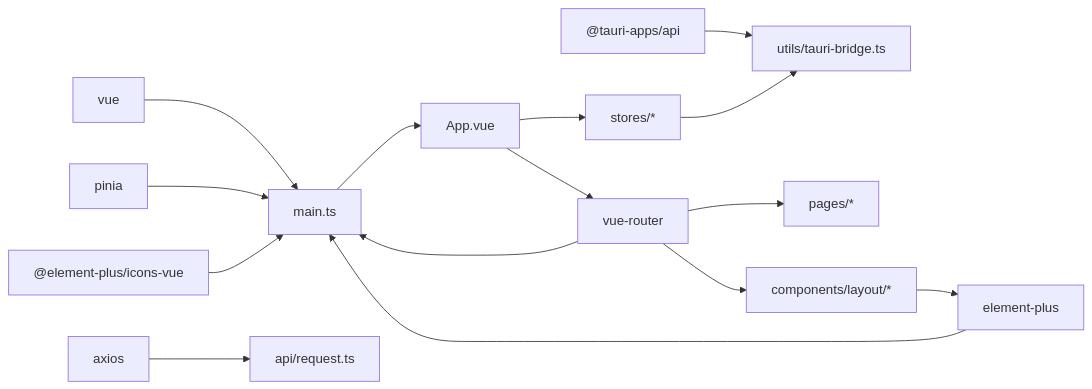
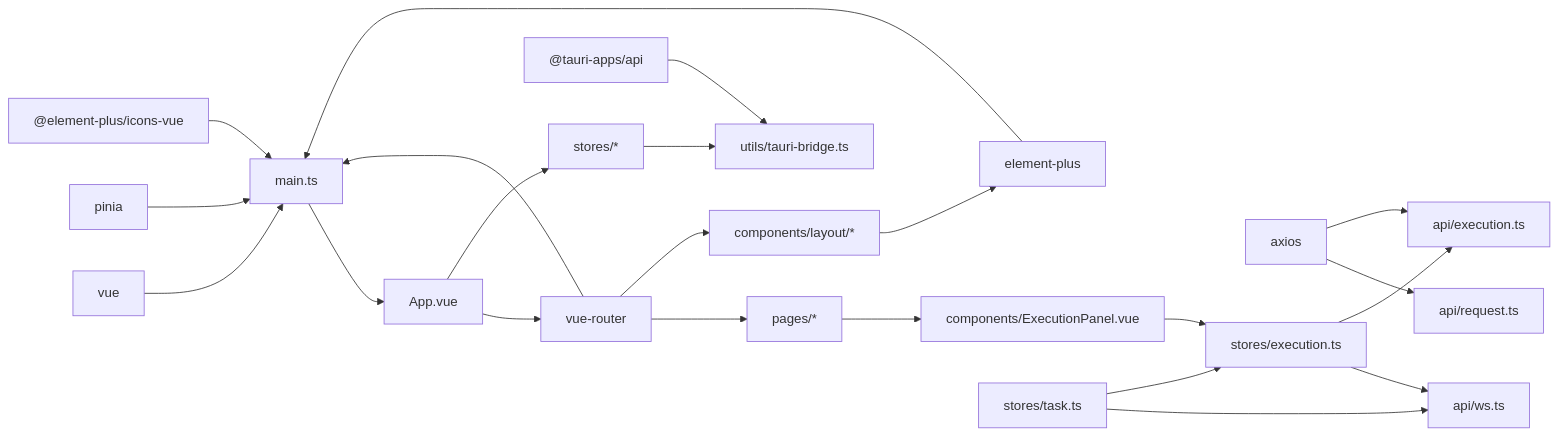
Diagram 11 of 11 in .qoder/repowiki/zh/content/前端管理界面/应用架构设计.md (onebody/ccclubs_AI_RPA), drawn with Mermaid before and after one commit. The commit also changed other lines of this file and 50 other files, not shown here.

````diff
--- a/.qoder/repowiki/zh/content/前端管理界面/应用架构设计.md
+++ b/.qoder/repowiki/zh/content/前端管理界面/应用架构设计.md
@@ -354,17 +567,24 @@
 ```mermaid
 graph LR
 Vue["vue"] --> Main["main.ts"]
 Router["vue-router"] --> Main
 Pinia["pinia"] --> Main
 EP["element-plus"] --> Main
 Icons["@element-plus/icons-vue"] --> Main
 Axios["axios"] --> Request["api/request.ts"]
+Axios --> ExecutionAPI["api/execution.ts"]
 Tauri["@tauri-apps/api"] --> Bridge["utils/tauri-bridge.ts"]
 Main --> App["App.vue"]
 App --> Router
 App --> Stores["stores/*"]
 Stores --> Bridge
 Router --> Pages["pages/*"]
 Router --> Layout["components/layout/*"]
 Layout --> EP
+Pages --> ExecutionPanel["components/ExecutionPanel.vue"]
+ExecutionPanel --> ExecutionStore["stores/execution.ts"]
+ExecutionStore --> WS["api/ws.ts"]
+ExecutionStore --> ExecutionAPI
+TaskStore["stores/task.ts"] --> WS
+TaskStore --> ExecutionStore
 ```
````
